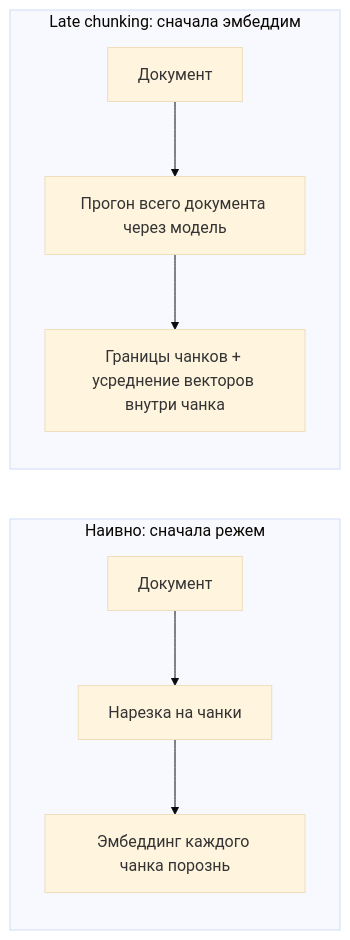
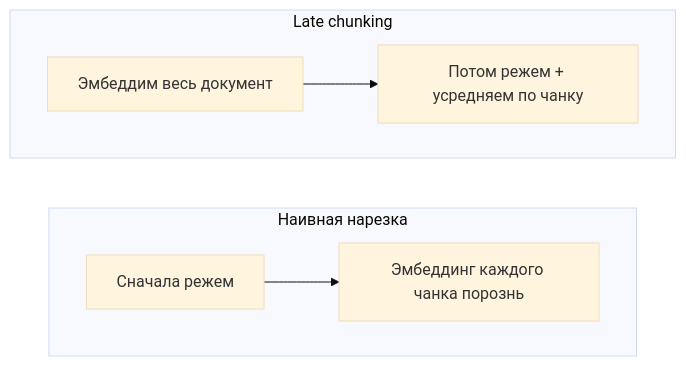
One commit to NikolaiSachok/ai-engineering-handbook changed the second of 2 diagrams in i18n/ru/docusaurus-plugin-content-docs/current/part-1-rag/ingestion/deep-dive.md. Above: the diagram before and after it, drawn with Mermaid (base theme). The commit also changed other lines of this file and 21 other files, not shown here.

First line of the commit message:
fix(i18n): reconcile 28 drifted diagrams and make the parity gate read inside a fence (#453)

````diff
--- a/i18n/ru/docusaurus-plugin-content-docs/current/part-1-rag/ingestion/deep-dive.md
+++ b/i18n/ru/docusaurus-plugin-content-docs/current/part-1-rag/ingestion/deep-dive.md
@@ -115,11 +115,11 @@
 ```mermaid
 flowchart LR
-    subgraph naive["Наивно: сначала режем"]
-      A["Документ"] --> B["Нарезка на чанки"]
-      B --> C["Эмбеддинг каждого чанка порознь"]
+    subgraph Naive["Наивная нарезка"]
+        direction LR
+        N1["Сначала режем"] --> N2["Эмбеддинг каждого чанка порознь"]
     end
-    subgraph late["Late chunking: сначала эмбеддим"]
-      D["Документ"] --> E["Прогон всего документа через модель"]
-      E --> F["Границы чанков + усреднение векторов внутри чанка"]
+    subgraph Late["Late chunking"]
+        direction LR
+        L1["Эмбеддим весь документ"] --> L2["Потом режем + усредняем по чанку"]
     end
 ```
````
